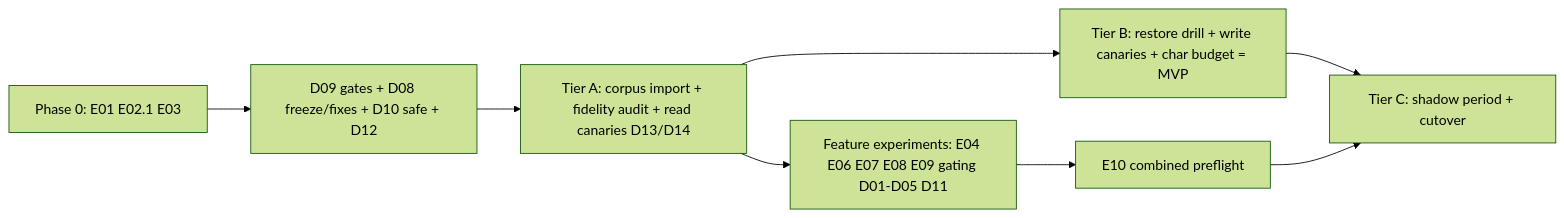
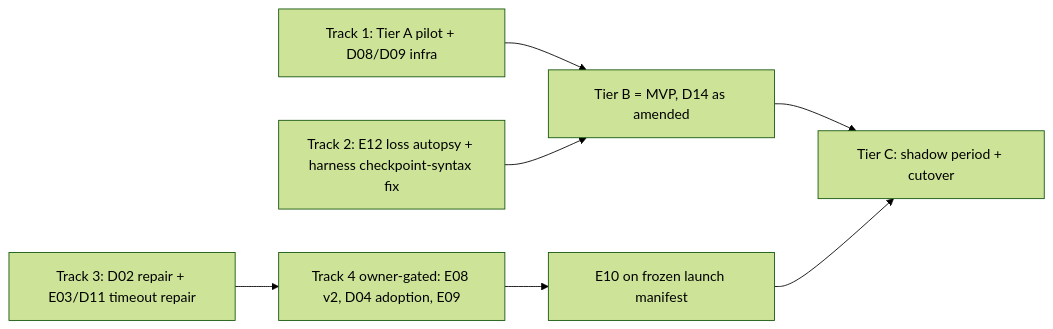
Before and after one commit to TorKallon/brunn: the diagram in docs/MVP Plan.md, drawn with Mermaid (forest theme). The commit also changed other lines of this file and 4 other files, not shown here.

````diff
--- a/docs/MVP Plan.md
+++ b/docs/MVP Plan.md
@@ -141,10 +142,9 @@
 ```mermaid
 flowchart LR
-    P0[Phase 0: E01 E02.1 E03] --> INF[D09 gates + D08 freeze/fixes + D10 safe + D12]
-    INF --> TA[Tier A: corpus import + fidelity audit + read canaries D13/D14]
-    TA --> FE[Feature experiments: E04 E06 E07 E08 E09 gating D01-D05 D11]
-    TA --> TB[Tier B: restore drill + write canaries + char budget = MVP]
-    FE --> E10G[E10 combined preflight]
-    TB --> TC[Tier C: shadow period + cutover]
+    T1A[Track 1: Tier A pilot + D08/D09 infra] --> T1B[Tier B = MVP, D14 as amended]
+    T2[Track 2: E12 loss autopsy + harness checkpoint-syntax fix] --> T1B
+    T3[Track 3: D02 repair + E03/D11 timeout repair] --> T4[Track 4 owner-gated: E08 v2, D04 adoption, E09]
+    T4 --> E10G[E10 on frozen launch manifest]
+    T1B --> TC[Tier C: shadow period + cutover]
     E10G --> TC
 ```
````
